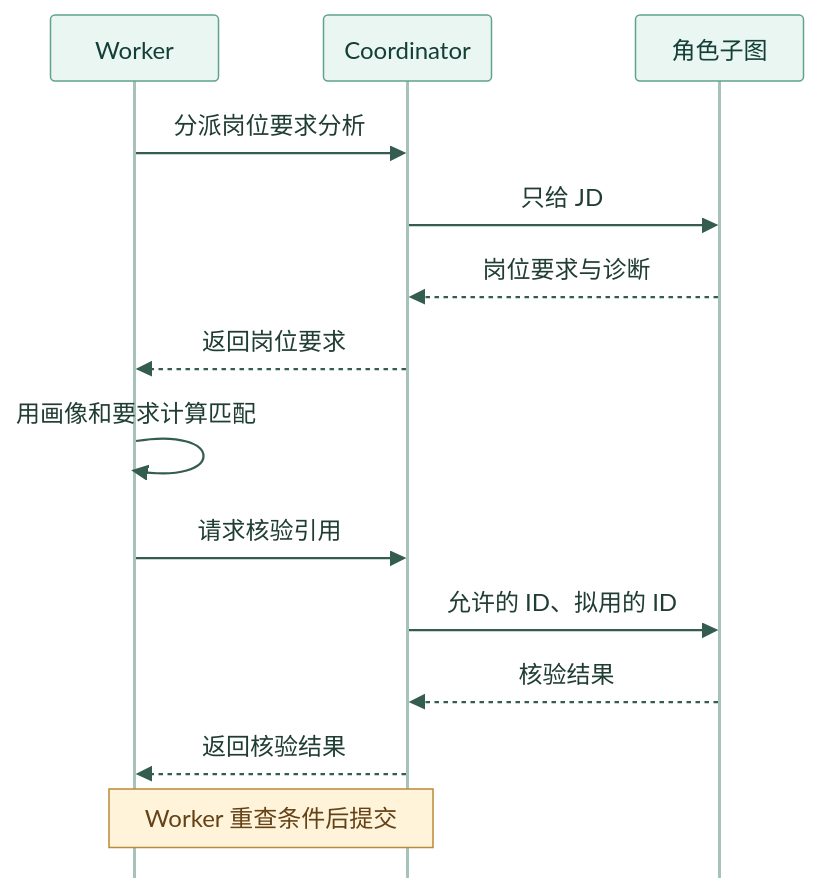
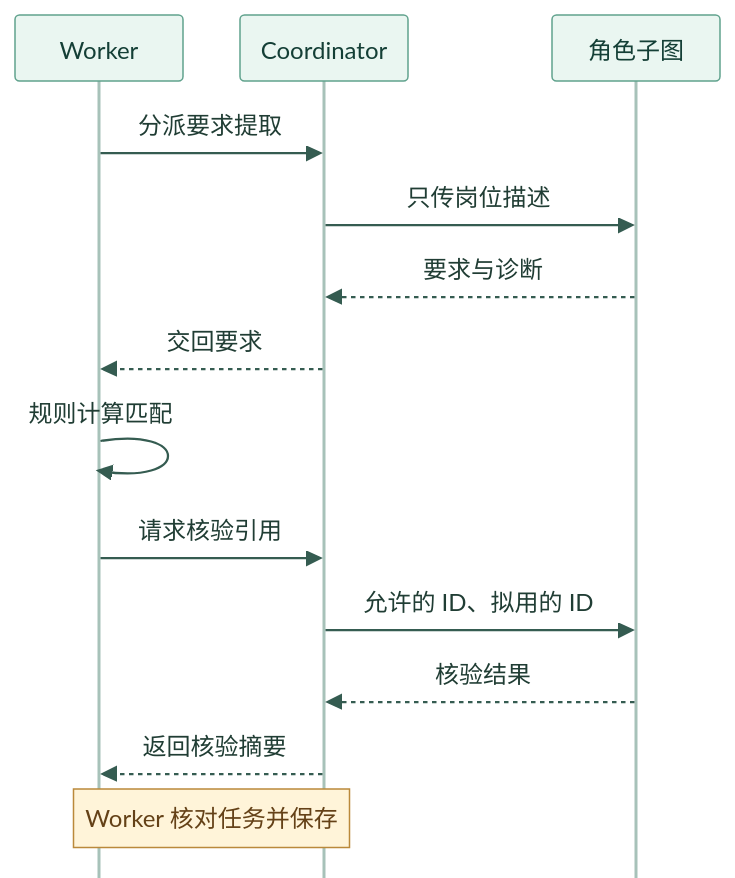
Before and after one commit to wenmo-yu/careerlens: the diagram in tutorials/01-agent-design/01-C-子Agent.md, drawn with Mermaid. The commit also changed other lines of this file and 15 other files, not shown here.

````diff
--- a/tutorials/01-agent-design/01-C-子Agent.md
+++ b/tutorials/01-agent-design/01-C-子Agent.md
@@ -36,18 +21,18 @@
 ```mermaid
 %%{init: {"theme":"base","themeVariables":{"fontFamily":"system-ui, sans-serif","actorBkg":"#eaf6f1","actorBorder":"#60a28d","actorTextColor":"#143f36","actorLineColor":"#a7c2b9","signalColor":"#355c51","signalTextColor":"#203d34","noteBkgColor":"#fff4d9","noteBorderColor":"#ba893b","noteTextColor":"#644117"},"sequence":{"width":112,"height":44,"actorMargin":34,"messageMargin":23,"mirrorActors":false}}}%%
 sequenceDiagram
-    accTitle: 一次后台岗位分析的计算与提交
+    accTitle: 后台岗位分析按顺序使用两个角色
     participant W as Worker
     participant C as Coordinator
     participant S as 角色子图
-    W->>C: 分派岗位要求分析
-    C->>S: 只给 JD
-    S-->>C: 岗位要求与诊断
-    C-->>W: 返回岗位要求
-    W->>W: 用画像和要求计算匹配
+    W->>C: 分派要求提取
+    C->>S: 只传岗位描述
+    S-->>C: 要求与诊断
+    C-->>W: 交回要求
+    W->>W: 规则计算匹配
     W->>C: 请求核验引用
     C->>S: 允许的 ID、拟用的 ID
     S-->>C: 核验结果
-    C-->>W: 返回核验结果
-    Note over W,C: Worker 重查条件后提交
+    C-->>W: 返回核验摘要
+    Note over W,C: Worker 核对任务并保存
 ```
````
